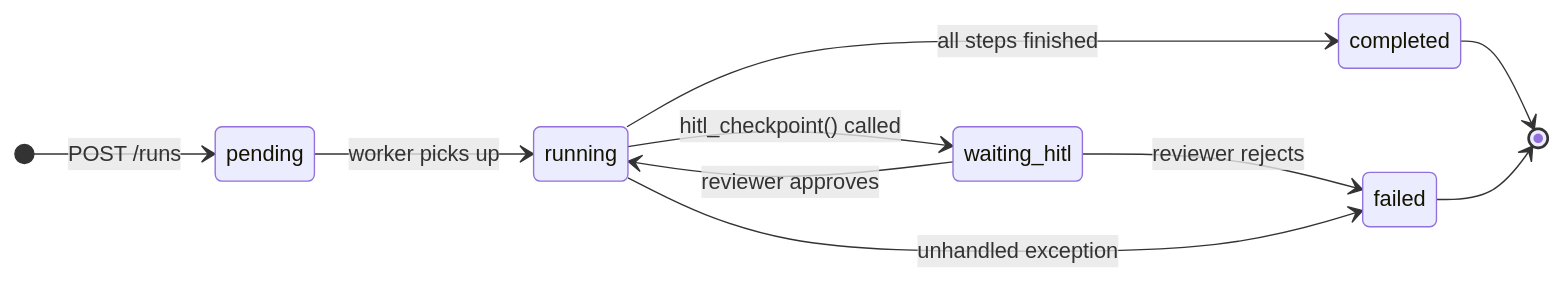
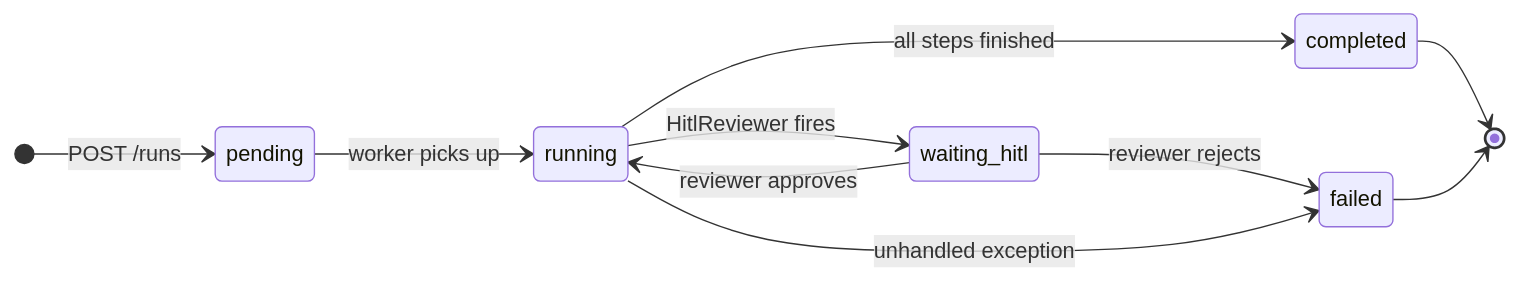
One commit to iagop03/antcrew-docs changed the first of 2 diagrams in docs/architecture/data-flow.md. Above: the diagram before and after it, drawn with Mermaid. The commit also changed other lines of this file and 17 other files, not shown here.

````diff
--- a/docs/architecture/data-flow.md
+++ b/docs/architecture/data-flow.md
@@ -7,13 +7,13 @@
 ```mermaid
 stateDiagram-v2
     direction LR
     [*] --> pending : POST /runs
     pending --> running : worker picks up
-    running --> waiting_hitl : hitl_checkpoint() called
+    running --> waiting_hitl : HitlReviewer fires
     waiting_hitl --> running : reviewer approves
     waiting_hitl --> failed : reviewer rejects
     running --> completed : all steps finished
     running --> failed : unhandled exception
     completed --> [*]
     failed --> [*]
 ```
````
